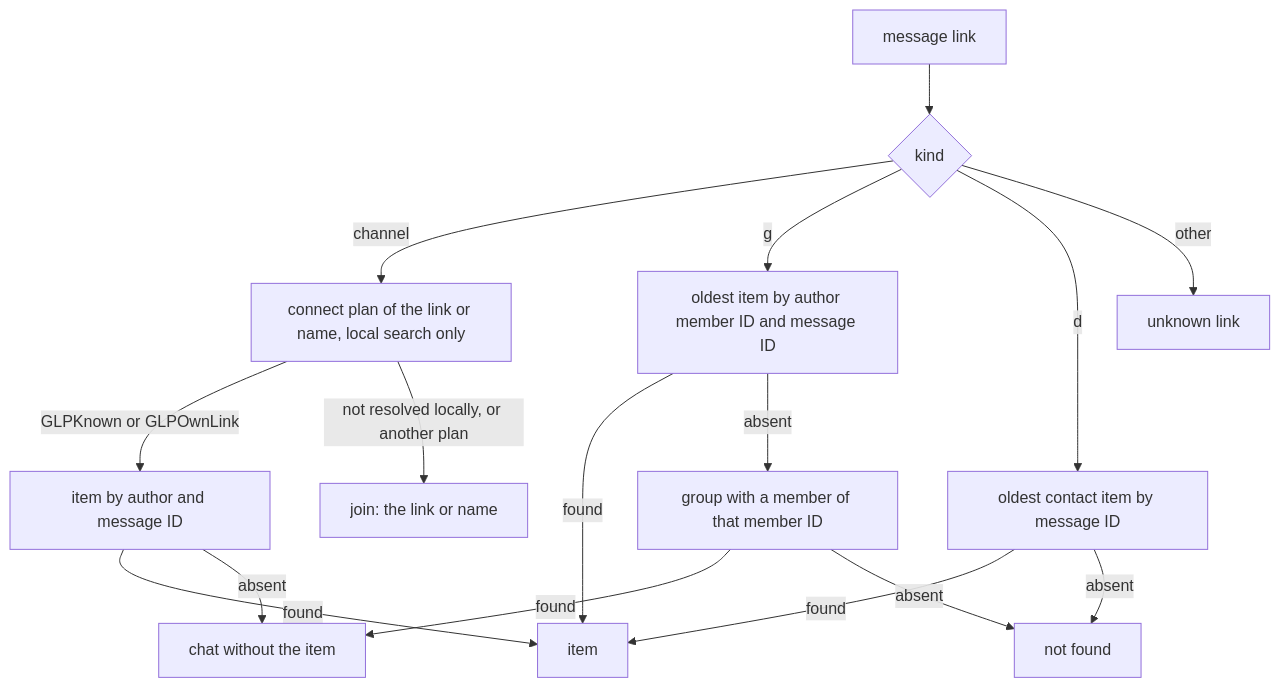
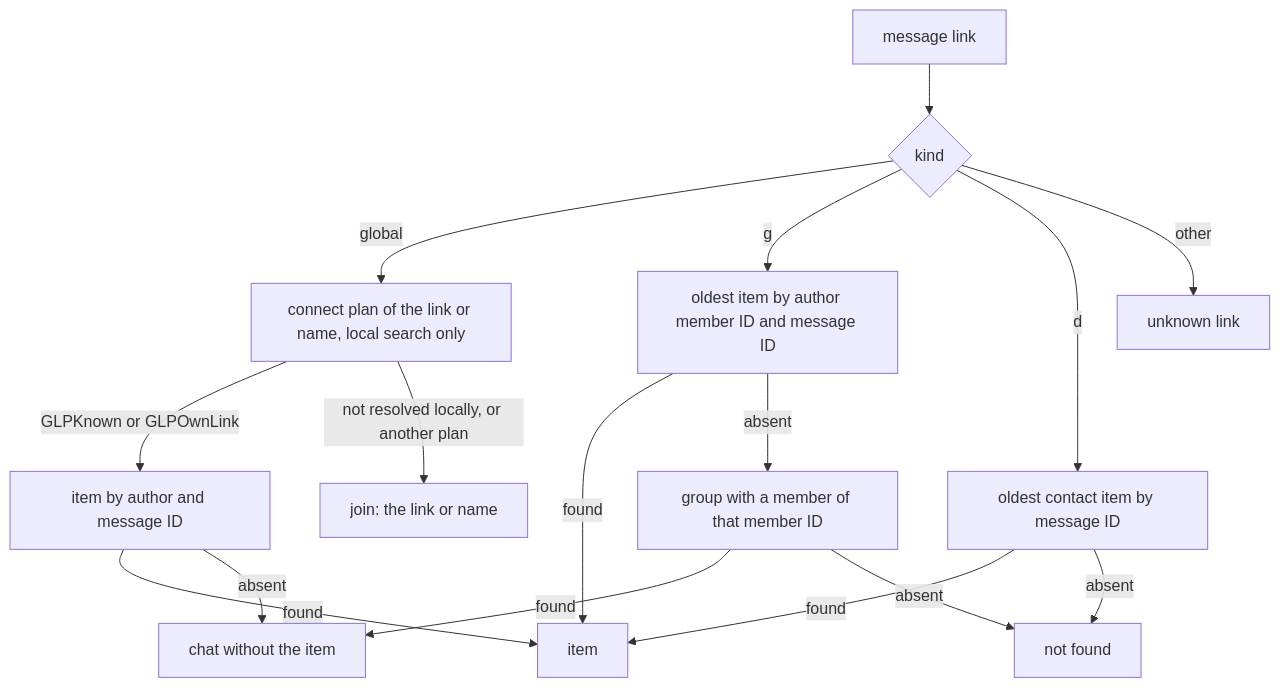
One commit to evgeny-simplex/simplex-chat changed the first of 5 diagrams in plans/2026-11-22-message-references.md. Above: the diagram before and after it, drawn with Mermaid. The commit also changed other lines of this file, not shown here.

Commit message:
core: plan simplex: message links, global for public chats

````diff
--- a/plans/2026-11-22-message-references.md
+++ b/plans/2026-11-22-message-references.md
@@ -128,18 +130,18 @@
 ```mermaid
 flowchart TD
   L[message link] --> K{kind}
-  K -->|channel| C1[connect plan of the link or name, local search only]
+  K -->|global| C1[connect plan of the link or name, local search only]
   C1 -->|GLPKnown or GLPOwnLink| C2[item by author and message ID]
   C1 -->|not resolved locally, or another plan| J[join: the link or name]
   C2 -->|found| I[item]
   C2 -->|absent| CH[chat without the item]
   K -->|g| G1[oldest item by author member ID and message ID]
   G1 -->|found| I
   G1 -->|absent| G2[group with a member of that member ID]
   G2 -->|found| CH
   G2 -->|absent| N[not found]
   K -->|d| D1[oldest contact item by message ID]
   D1 -->|found| I
   D1 -->|absent| N
   K -->|other| U[unknown link]
 ```
````
